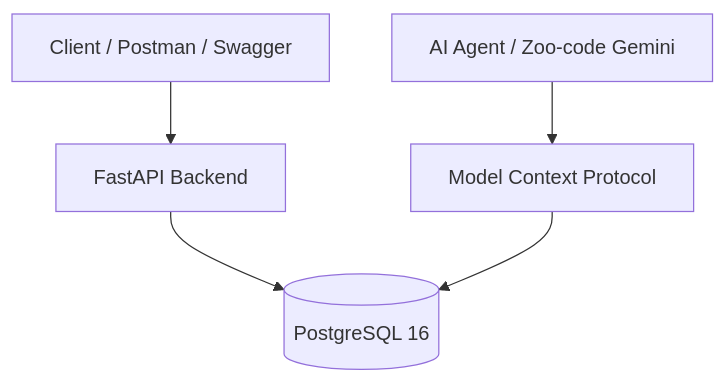
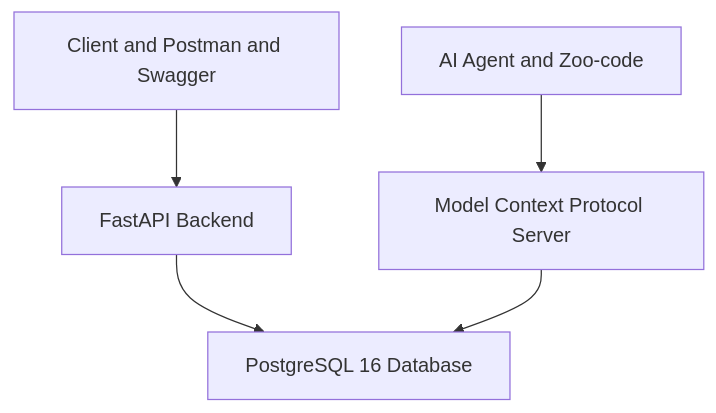
Before and after one commit to stasmeh/soui-qa-automation-hub: the diagram in README.md, drawn with Mermaid. The commit also changed other lines of this file, not shown here.

````diff
--- a/README.md
+++ b/README.md
@@ -15,7 +29,7 @@
 ```mermaid
 graph TD
-    Client[Client / Postman / Swagger] --> API[FastAPI Backend]
-    API --> DB[(PostgreSQL 16)]
-    Agent[AI Agent / Zoo-code Gemini] --> MCP[Model Context Protocol]
+    Client[Client and Postman and Swagger] --> API[FastAPI Backend]
+    API --> DB[PostgreSQL 16 Database]
+    Agent[AI Agent and Zoo-code] --> MCP[Model Context Protocol Server]
     MCP --> DB
 ```
````
